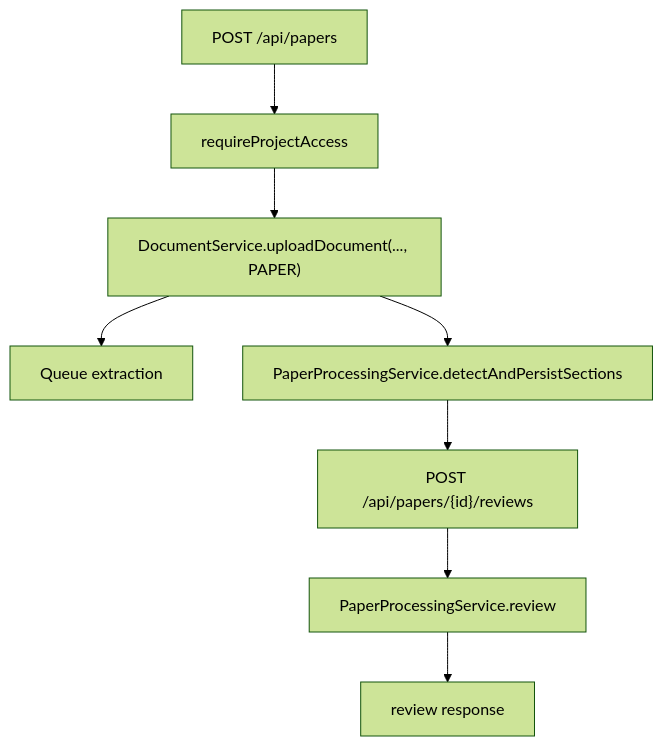
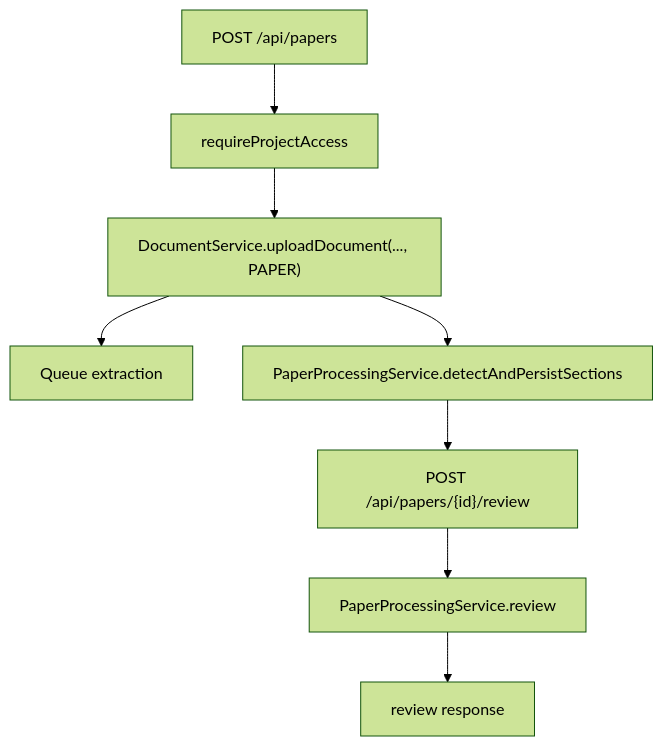
One commit to MinhKien17/SEP490_EvidencePilot changed the seventh of 10 diagrams in README.md. Above: the diagram before and after it, drawn with Mermaid (forest theme). The commit also changed other lines of this file and 13 other files, not shown here.

````diff
--- a/README.md
+++ b/README.md
@@ -329,10 +329,10 @@
 ```mermaid
 flowchart TD
     Upload["POST /api/papers"] --> Access["requireProjectAccess"]
     Access --> DocumentService["DocumentService.uploadDocument(..., PAPER)"]
     DocumentService --> Queue["Queue extraction"]
     DocumentService --> Sections["PaperProcessingService.detectAndPersistSections"]
-    Sections --> Review["POST /api/papers/{id}/reviews"]
+    Sections --> Review["POST /api/papers/{id}/review"]
     Review --> AI["PaperProcessingService.review"]
     AI --> Response["review response"]
 ```
````
